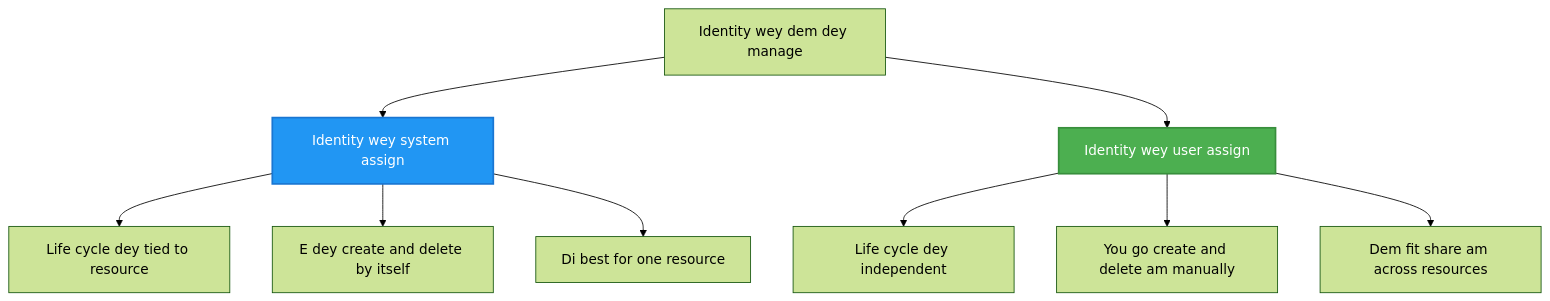
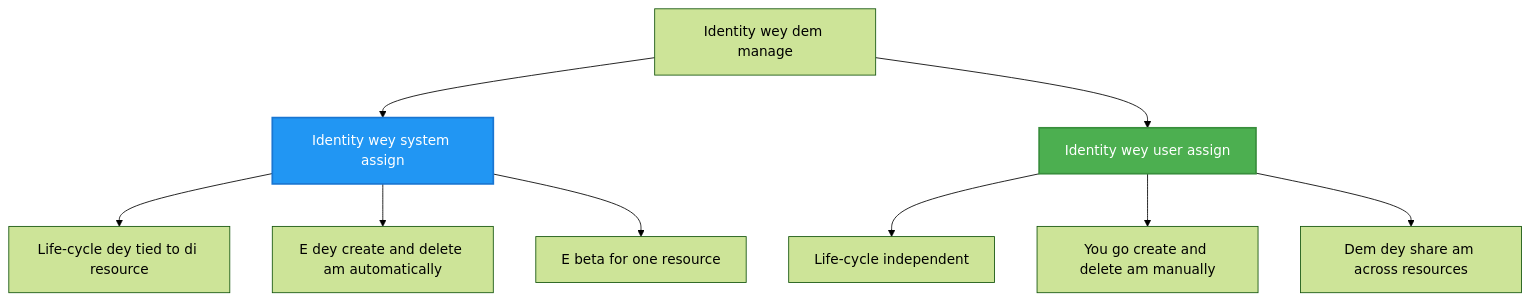
One commit to microsoft/AZD-for-beginners changed the second of 2 diagrams in translations/pcm/docs/chapter-03-configuration/authsecurity.md. Above: the diagram before and after it, drawn with Mermaid (forest theme). The commit also changed other lines of this file and 104 other files, not shown here.

````diff
--- a/translations/pcm/docs/chapter-03-configuration/authsecurity.md
+++ b/translations/pcm/docs/chapter-03-configuration/authsecurity.md
@@ -97,20 +98,20 @@
 ```mermaid
 graph TB
-    MI[Identity wey dem dey manage]
+    MI[Identity wey dem manage]
     SystemAssigned[Identity wey system assign]
     UserAssigned[Identity wey user assign]
     
     MI --> SystemAssigned
     MI --> UserAssigned
     
-    SystemAssigned --> SA1[Life cycle dey tied to resource]
-    SystemAssigned --> SA2[E dey create and delete by itself]
-    SystemAssigned --> SA3[Di best for one resource]
+    SystemAssigned --> SA1[Life-cycle dey tied to di resource]
+    SystemAssigned --> SA2[E dey create and delete am automatically]
+    SystemAssigned --> SA3[E beta for one resource]
     
-    UserAssigned --> UA1[Life cycle dey independent]
+    UserAssigned --> UA1[Life-cycle independent]
     UserAssigned --> UA2[You go create and delete am manually]
-    UserAssigned --> UA3[Dem fit share am across resources]
+    UserAssigned --> UA3[Dem dey share am across resources]
     
     style SystemAssigned fill:#2196F3,stroke:#1976D2,stroke-width:2px,color:#fff
     style UserAssigned fill:#4CAF50,stroke:#388E3C,stroke-width:2px,color:#fff
 ```
````
